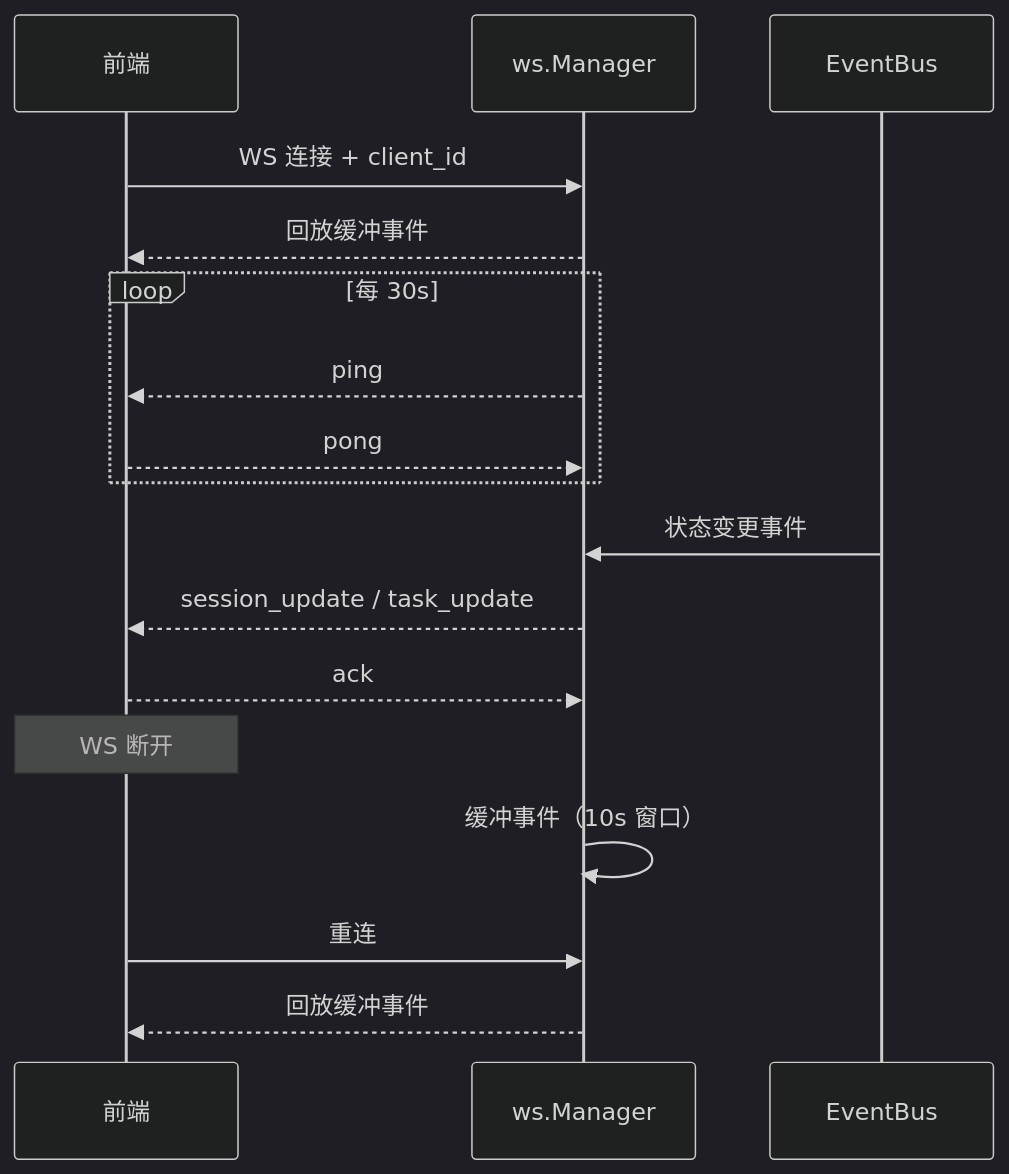
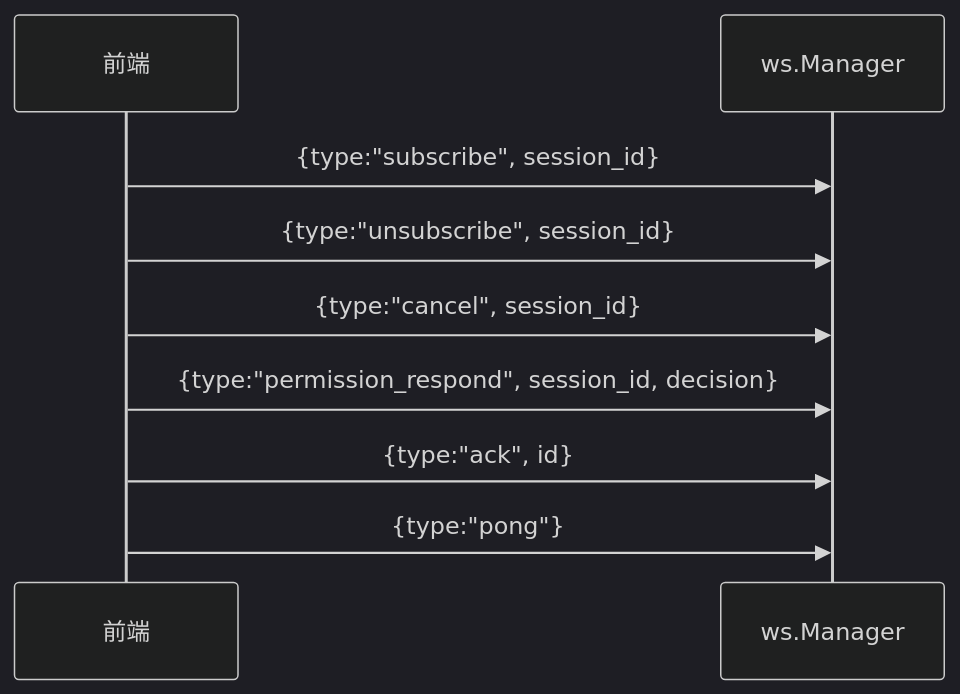
The second of 2 diagrams in docs/spec/core/streaming.md (clawbench-dev/clawbench), drawn with Mermaid (dark theme) before and after one commit. The commit also changed other lines of this file and 15 other files, not shown here.

````diff
--- a/docs/spec/core/streaming.md
+++ b/docs/spec/core/streaming.md
@@ -30,20 +39,12 @@
 ```mermaid
 sequenceDiagram
     participant 前端
     participant ws.Manager
-    participant EventBus
 
-    前端->>ws.Manager: WS 连接 + client_id
-    ws.Manager-->>前端: 回放缓冲事件
-    loop 每 30s
-        ws.Manager-->>前端: ping
-        前端-->>ws.Manager: pong
-    end
-    EventBus->>ws.Manager: 状态变更事件
-    ws.Manager-->>前端: session_update / task_update
-    前端-->>ws.Manager: ack
-    Note over 前端: WS 断开
-    ws.Manager->>ws.Manager: 缓冲事件（10s 窗口）
-    前端->>ws.Manager: 重连
-    ws.Manager-->>前端: 回放缓冲事件
+    前端->>ws.Manager: {type:"subscribe", session_id}
+    前端->>ws.Manager: {type:"unsubscribe", session_id}
+    前端->>ws.Manager: {type:"cancel", session_id}
+    前端->>ws.Manager: {type:"permission_respond", session_id, decision}
+    前端->>ws.Manager: {type:"ack", id}
+    前端->>ws.Manager: {type:"pong"}
 ```
````
